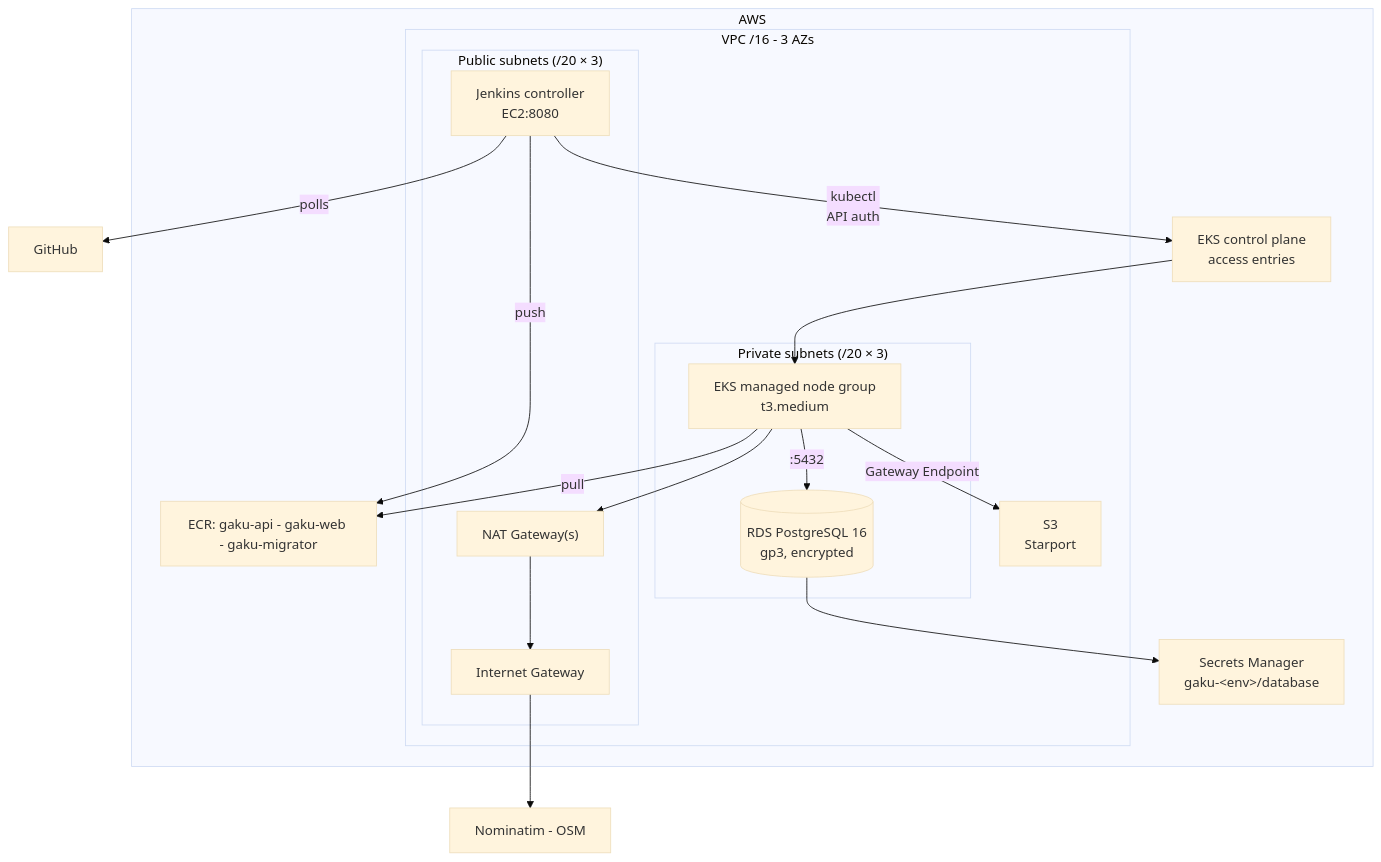
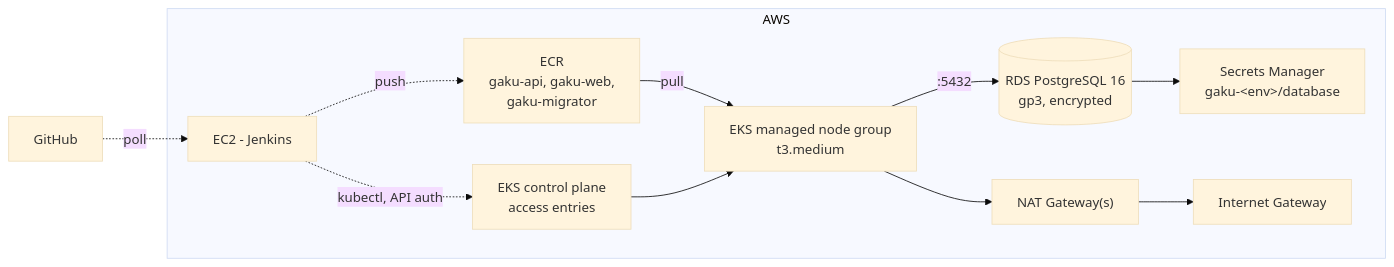
Before and after one commit to tuannamtruong/Gaku: the first of 2 diagrams in docs/infra-aws.md, drawn with Mermaid (base theme). The commit also changed other lines of this file and 6 other files, not shown here.

````diff
--- a/docs/infra-aws.md
+++ b/docs/infra-aws.md
@@ -14,37 +14,26 @@
 ```mermaid
-graph TD
+graph LR
   Repository["GitHub"]
-  ExternService["Nominatim - OSM"]
 
   subgraph AWS
-  subgraph VPC["VPC /16 - 3 AZs"]
-    subgraph Public["Public subnets (/20 × 3)"]
-      IGW["Internet Gateway"]
-      NAT["NAT Gateway(s)"]
-      CICD-Instance["Jenkins controller <br/> EC2:8080"]
-    end
+    CP["EKS control plane<br/>access entries"]
+    ECR["ECR<br/>gaku-api, gaku-web,<br/>gaku-migrator"]
+    SM["Secrets Manager<br/>gaku-&lt;env&gt;/database"]
 
-    subgraph Private["Private subnets (/20 × 3)"]
-      Nodes["EKS managed node group<br/>t3.medium"]
-      RDS[("RDS PostgreSQL 16<br/>gp3, encrypted")]
-    end
-
-    S3EP["S3 <br/> Starport"]
+    CICD-Instance["EC2 - Jenkins"]
+    Nodes["EKS managed node group<br/>t3.medium"]
+    RDS[("RDS PostgreSQL 16<br/>gp3, encrypted")]
+    NAT["NAT Gateway(s)"]
+    IGW["Internet Gateway"]
   end
 
-  CP["EKS control plane<br/>access entries"]
-  ECR["ECR: gaku-api - gaku-web - gaku-migrator"]
-  SM["Secrets Manager<br/>gaku-&lt;env&gt;/database"]
-  end
 
-  CICD-Instance --> |polls| Repository
-  CICD-Instance -->|push| ECR
-  CICD-Instance -->|kubectl<br/>API auth| CP
+  Repository -.->|poll| CICD-Instance
+  CICD-Instance -.->|kubectl, API auth| CP
+  CICD-Instance -.->|push| ECR
+  ECR -->|pull| Nodes
   CP --> Nodes
-  Nodes -->|pull| ECR
+  Nodes -->|:5432| RDS
   Nodes --> NAT --> IGW
-  Nodes -->|:5432| RDS
-  Nodes --> |Gateway Endpoint| S3EP
   RDS --> SM
-  IGW --> ExternService
 ```
````
